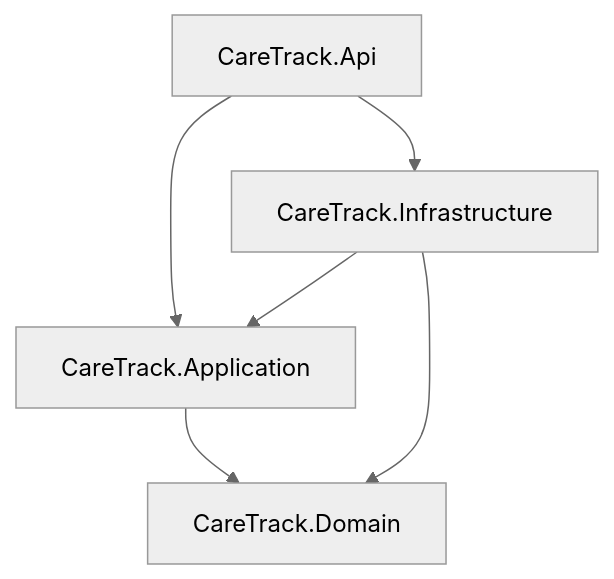
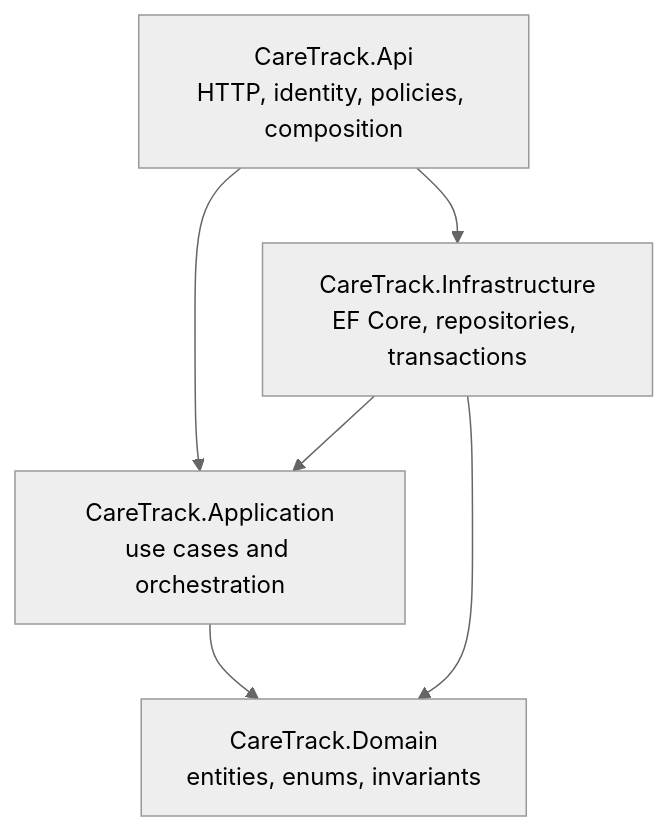
The third of 7 diagrams in docs/03-system-architecture.md (mirzahussnain/care-track), drawn with Mermaid (neutral theme) before and after one commit. The commit also changed other lines of this file and 22 other files, not shown here.

Commit message:
docs: package CareTrack for portfolio and recruiter review

````diff
--- a/docs/03-system-architecture.md
+++ b/docs/03-system-architecture.md
@@ -65,8 +52,8 @@
 ```mermaid
 flowchart TD
-    API[CareTrack.Api] --> APP[CareTrack.Application]
-    API --> INF[CareTrack.Infrastructure]
+    API[CareTrack.Api<br/>HTTP, identity, policies, composition] --> APP[CareTrack.Application<br/>use cases and orchestration]
+    API --> INF[CareTrack.Infrastructure<br/>EF Core, repositories, transactions]
     INF --> APP
-    INF --> DOM[CareTrack.Domain]
+    INF --> DOM[CareTrack.Domain<br/>entities, enums, invariants]
     APP --> DOM
 ```
````
